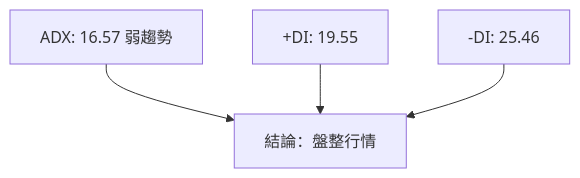
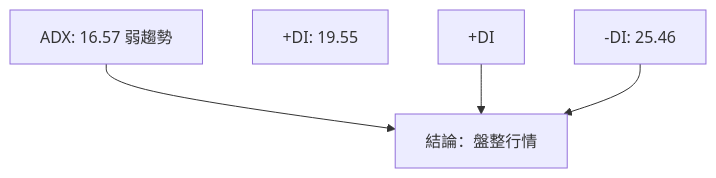
The third of 10 diagrams in ai_gen_report/stock/onds/technical_analysis_2026-04-06_openai.md (yennanliu/finance_data), drawn with Mermaid before and after one commit. The commit also changed 2258 other files, not shown here.

First line of the commit message:
chore: backfill Mermaid syntax repair across existing reports

````diff
--- a/ai_gen_report/stock/onds/technical_analysis_2026-04-06_openai.md
+++ b/ai_gen_report/stock/onds/technical_analysis_2026-04-06_openai.md
@@ -138,9 +138,9 @@
 ```mermaid
 graph TD
     ADX["ADX: 16.57 弱趨勢"]
     +DI["+DI: 19.55"]
     -DI["-DI: 25.46"]
     ADX --> Trend["結論：盤整行情"]
-    +DI --> Trend
+    nb1["+DI"] --> Trend
     -DI --> Trend
 ```
````
